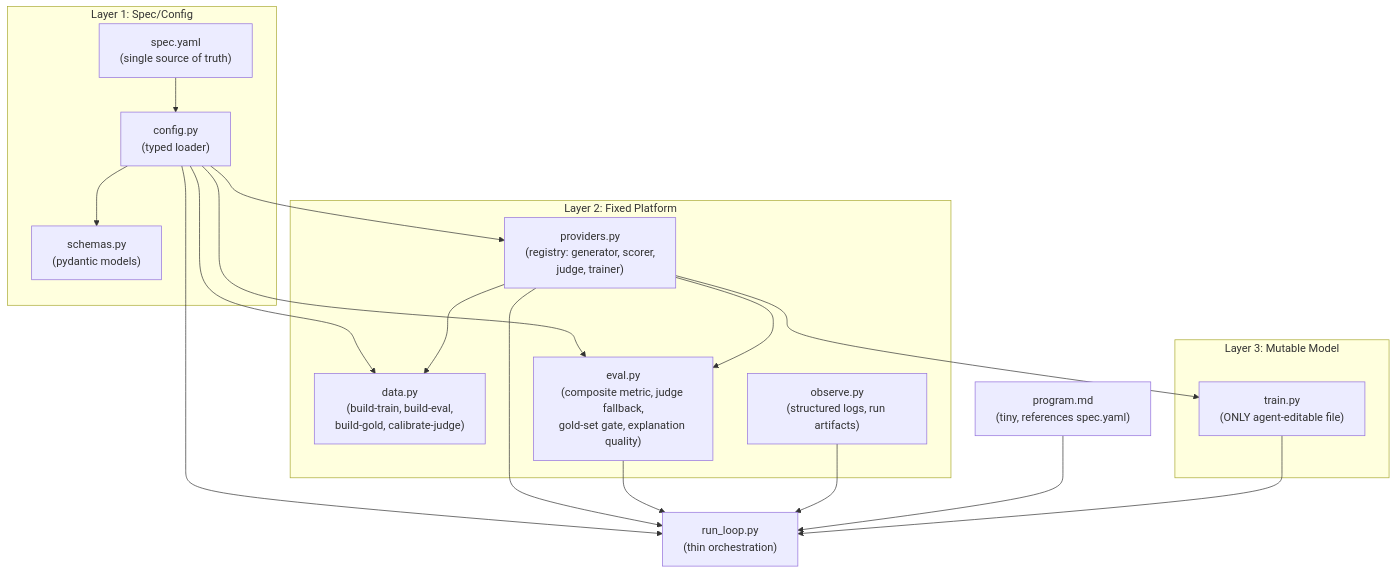
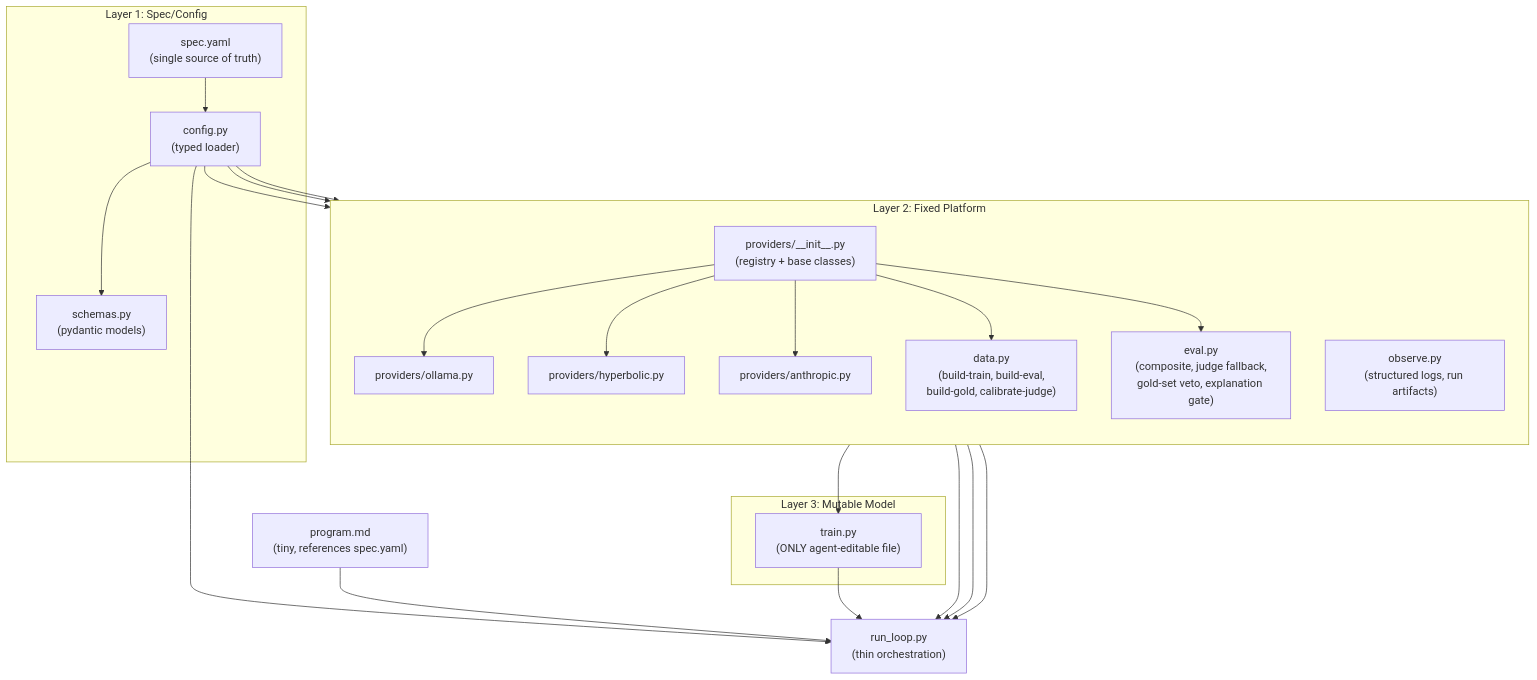
The diagram in CURSOR_PLAN.md (HumanAssisted/masubi), drawn with Mermaid before and after one commit. The commit also changed other lines of this file, not shown here.

````diff
--- a/CURSOR_PLAN.md
+++ b/CURSOR_PLAN.md
@@ -38,37 +53,44 @@
 ```mermaid
 flowchart TD
     subgraph specLayer [Layer 1: Spec/Config]
         Spec["spec.yaml\n(single source of truth)"]
         Config["config.py\n(typed loader)"]
         Schemas["schemas.py\n(pydantic models)"]
         Spec --> Config
         Config --> Schemas
     end
 
     subgraph platformLayer [Layer 2: Fixed Platform]
-        Providers["providers.py\n(registry: generator, scorer,\njudge, trainer)"]
+        direction TB
+        ProvReg["providers/__init__.py\n(registry + base classes)"]
+        ProvOllama["providers/ollama.py"]
+        ProvHyp["providers/hyperbolic.py"]
+        ProvAnth["providers/anthropic.py"]
         Data["data.py\n(build-train, build-eval,\nbuild-gold, calibrate-judge)"]
-        EvalMod["eval.py\n(composite metric, judge fallback,\ngold-set gate, explanation quality)"]
+        EvalMod["eval.py\n(composite, judge fallback,\ngold-set veto, explanation gate)"]
         Observe["observe.py\n(structured logs, run artifacts)"]
+        ProvReg --> ProvOllama
+        ProvReg --> ProvHyp
+        ProvReg --> ProvAnth
     end
 
     subgraph mutableLayer [Layer 3: Mutable Model]
         TrainPy["train.py\n(ONLY agent-editable file)"]
     end
 
     RunLoop["run_loop.py\n(thin orchestration)"]
     ProgramMD["program.md\n(tiny, references spec.yaml)"]
 
-    Config --> Providers
+    Config --> ProvReg
     Config --> Data
     Config --> EvalMod
     Config --> RunLoop
-    Providers --> Data
-    Providers --> EvalMod
-    Providers --> TrainPy
-    Providers --> RunLoop
+    ProvReg --> Data
+    ProvReg --> EvalMod
+    ProvReg --> TrainPy
+    ProvReg --> RunLoop
     EvalMod --> RunLoop
     Observe --> RunLoop
     ProgramMD --> RunLoop
     TrainPy --> RunLoop
 ```
````
